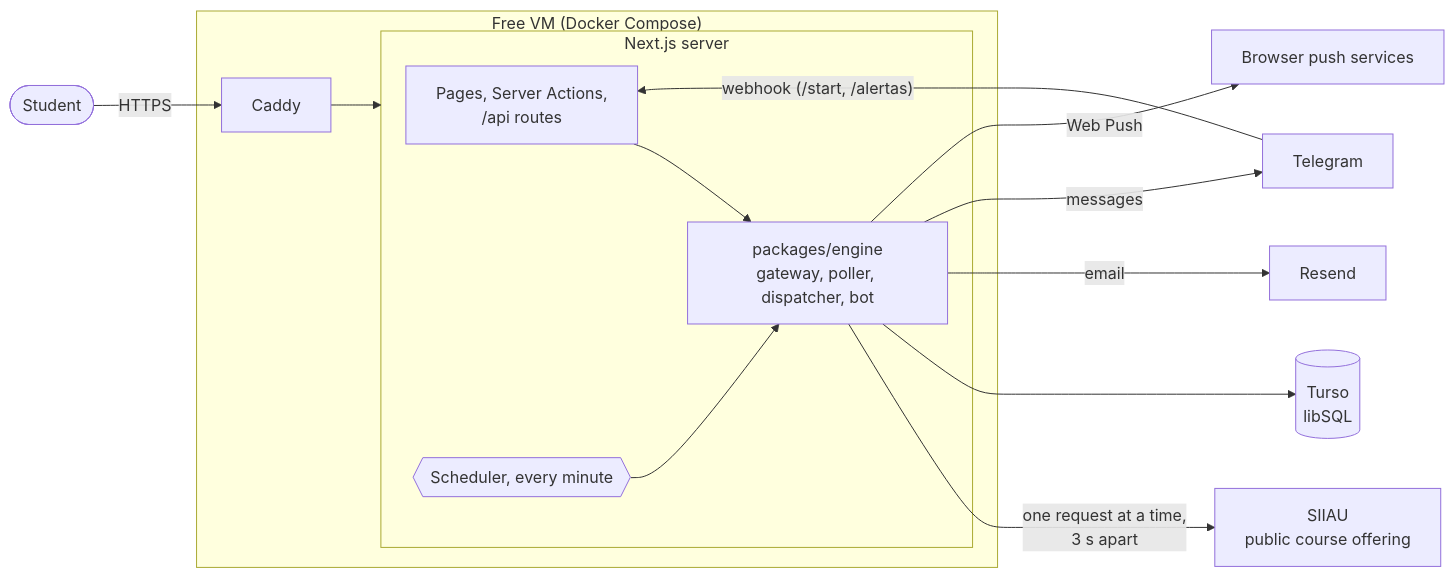
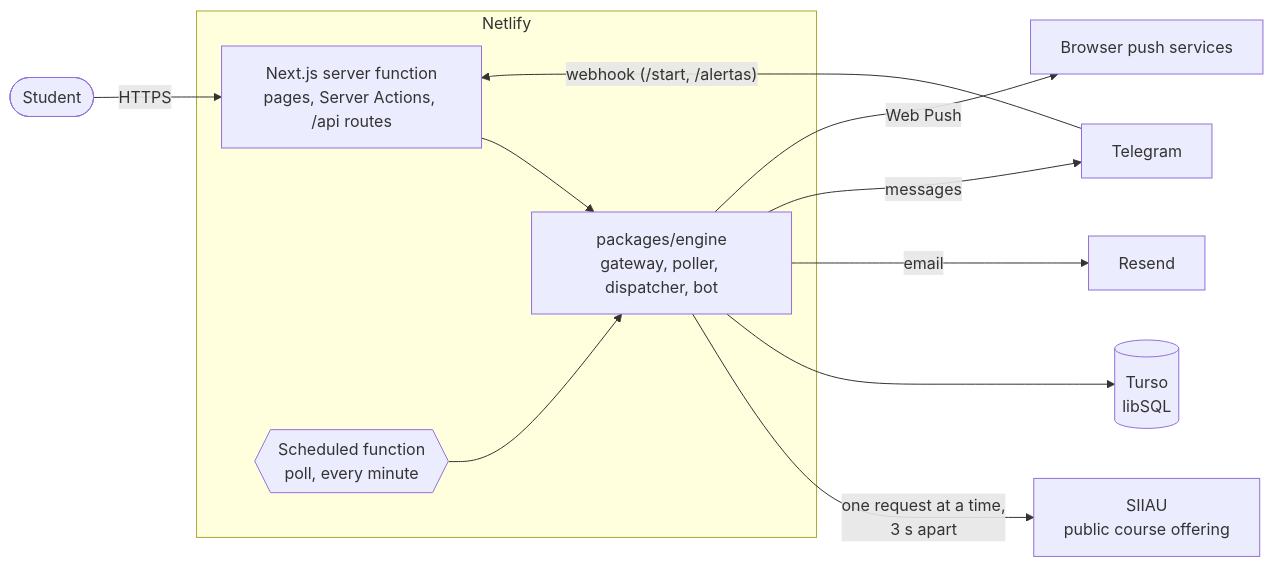
One commit to marvin7460/SiiauAlarma changed the diagram in README.md. Above: the diagram before and after it, drawn with Mermaid. The commit also changed other lines of this file and 7 other files, not shown here.

````diff
--- a/README.md
+++ b/README.md
@@ -65,21 +65,17 @@
 ```mermaid
 flowchart LR
-  student([Student]) -- "HTTPS" --> caddy[Caddy]
-  caddy --> app
-  subgraph vm["Free VM (Docker Compose)"]
-    caddy
-    subgraph app["Next.js server"]
-      pages["Pages, Server Actions,<br/>/api routes"]
-      engine["packages/engine<br/>gateway, poller, dispatcher, bot"]
-      cron{{"Scheduler, every minute"}}
-      pages --> engine
-      cron --> engine
-    end
+  student([Student]) -- "HTTPS" --> pages
+  subgraph netlify["Netlify"]
+    pages["Next.js server function<br/>pages, Server Actions, /api routes"]
+    cron{{"Scheduled function<br/>poll, every minute"}}
+    engine["packages/engine<br/>gateway, poller, dispatcher, bot"]
+    pages --> engine
+    cron --> engine
   end
   engine -- "one request at a time,<br/>3 s apart" --> siiau["SIIAU<br/>public course offering"]
   engine --> db[("Turso<br/>libSQL")]
   engine -- email --> resend[Resend]
   engine -- messages --> telegram[Telegram]
   telegram -- "webhook (/start, /alertas)" --> pages
   engine -- "Web Push" --> push["Browser push services"]
 ```
````
